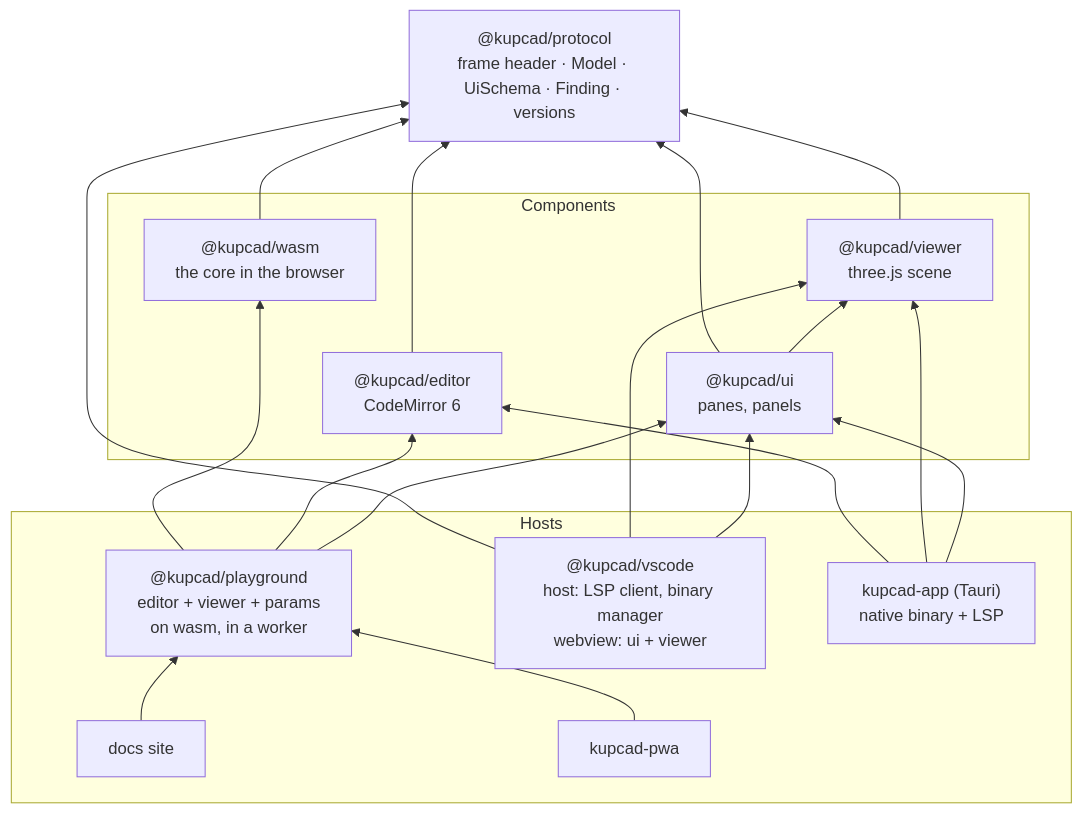
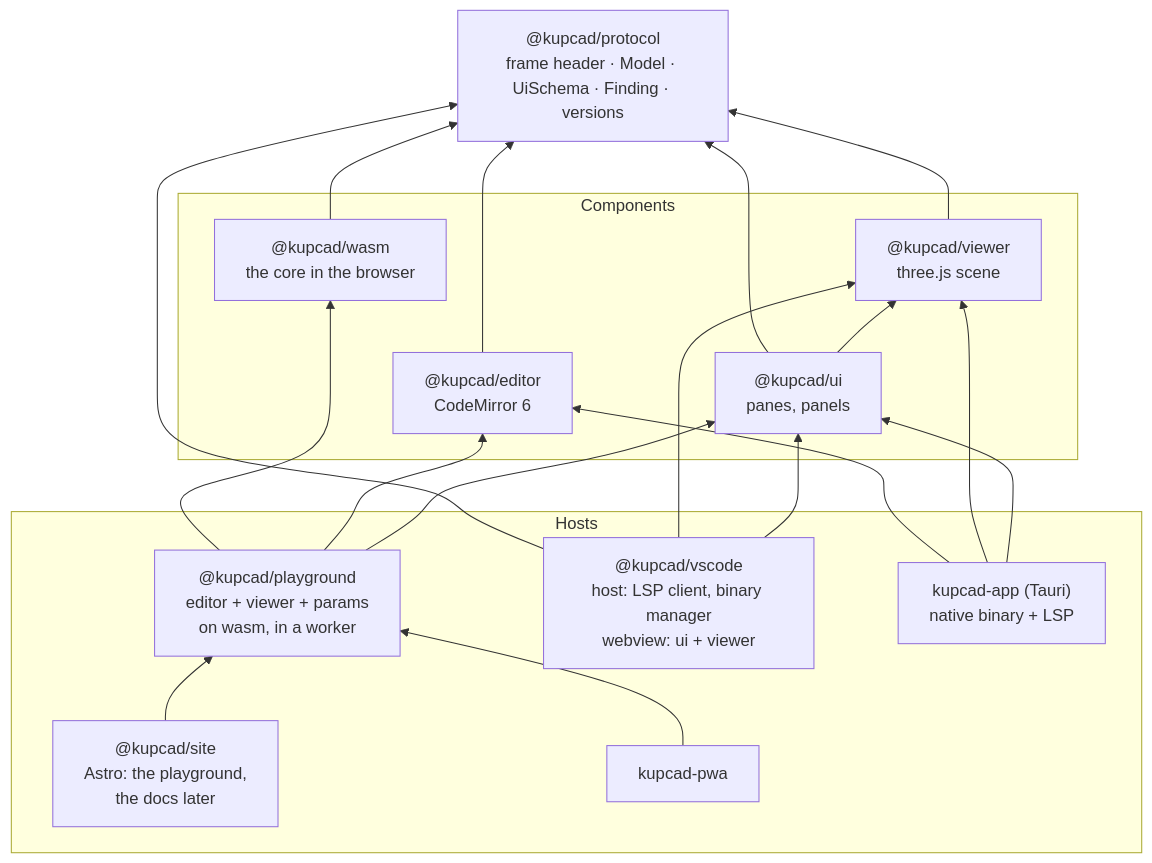
Before and after one commit to kupcad/kupcad: the diagram in packages/architecture.md, drawn with Mermaid. The commit also changed other lines of this file and 14 other files, not shown here.

First line of the commit message:
site: @kupcad/site, Astro, its /playground page; pnpm dev:playground serves it

````diff
--- a/packages/architecture.md
+++ b/packages/architecture.md
@@ -11,36 +11,36 @@
 ```mermaid
 flowchart BT
     protocol["@kupcad/protocol<br/>frame header · Model · UiSchema · Finding · versions"]
 
     subgraph components ["Components"]
         wasm["@kupcad/wasm<br/>the core in the browser"]
         viewer["@kupcad/viewer<br/>three.js scene"]
         ui["@kupcad/ui<br/>panes, panels"]
         editor["@kupcad/editor<br/>CodeMirror 6"]
     end
 
     subgraph hosts ["Hosts"]
         playground["@kupcad/playground<br/>editor + viewer + params<br/>on wasm, in a worker"]
         vscode["@kupcad/vscode<br/>host: LSP client, binary manager<br/>webview: ui + viewer"]
         app["kupcad-app (Tauri)<br/>native binary + LSP"]
-        docs["docs site"]
+        docs["@kupcad/site<br/>Astro: the playground,<br/>the docs later"]
         pwa["kupcad-pwa"]
     end
 
     wasm --> protocol
     viewer --> protocol
     ui --> protocol
     ui --> viewer
     editor --> protocol
     playground --> wasm
     playground --> editor
     playground --> ui
     vscode --> protocol
     vscode --> viewer
     vscode --> ui
     app --> editor
     app --> viewer
     app --> ui
     docs --> playground
     pwa --> playground
 ```
````
